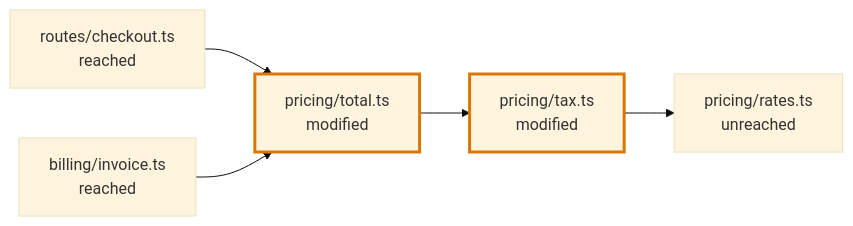
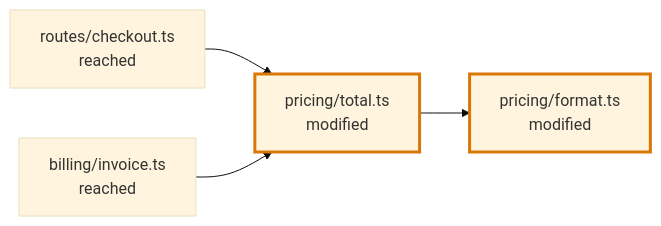
The first of 2 diagrams in docs/vocabulary/blast-diagram.md (kidlat-dakila/flight-plan), drawn with Mermaid (base theme) before and after one commit. The commit also changed other lines of this file and 400 other files, not shown here.

````diff
--- a/docs/vocabulary/blast-diagram.md
+++ b/docs/vocabulary/blast-diagram.md
@@ -11,8 +11,7 @@
 ```mermaid
 flowchart LR
   checkout["routes/checkout.ts<br/>reached"] --> total["pricing/total.ts<br/>modified"]:::changed
   invoice["billing/invoice.ts<br/>reached"] --> total
-  total --> tax["pricing/tax.ts<br/>modified"]:::changed
-  tax --> rates["pricing/rates.ts<br/>unreached"]
+  total --> format["pricing/format.ts<br/>modified"]:::changed
   classDef changed stroke:#d97706,stroke-width:3px
 ```
````
